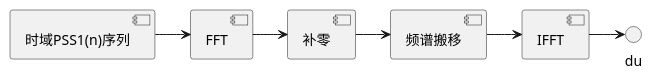
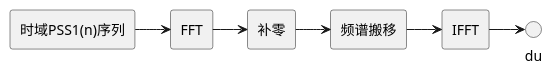
One commit to zrainx/xiaoshujiang changed the second of 2 diagrams in 同步算法学习笔记.md. Above: the diagram before and after it, drawn with PlantUML. The commit also changed other lines of this file, not shown here.

````diff
--- a/同步算法学习笔记.md
+++ b/同步算法学习笔记.md
@@ -46,7 +55,13 @@
 ```plantuml!
-[时域PSS1(n)序列]->[FFT]
+rectangle "时域PSS1(n)序列" as 1
+rectangle FFT
+rectangle 补零
+rectangle 频谱搬移
+rectangle IFFT
+ 
+1->[FFT]
 [FFT]->[补零]
 [补零]->[频谱搬移]
 [频谱搬移]->[IFFT]
 [IFFT]->du 
 ```
````
